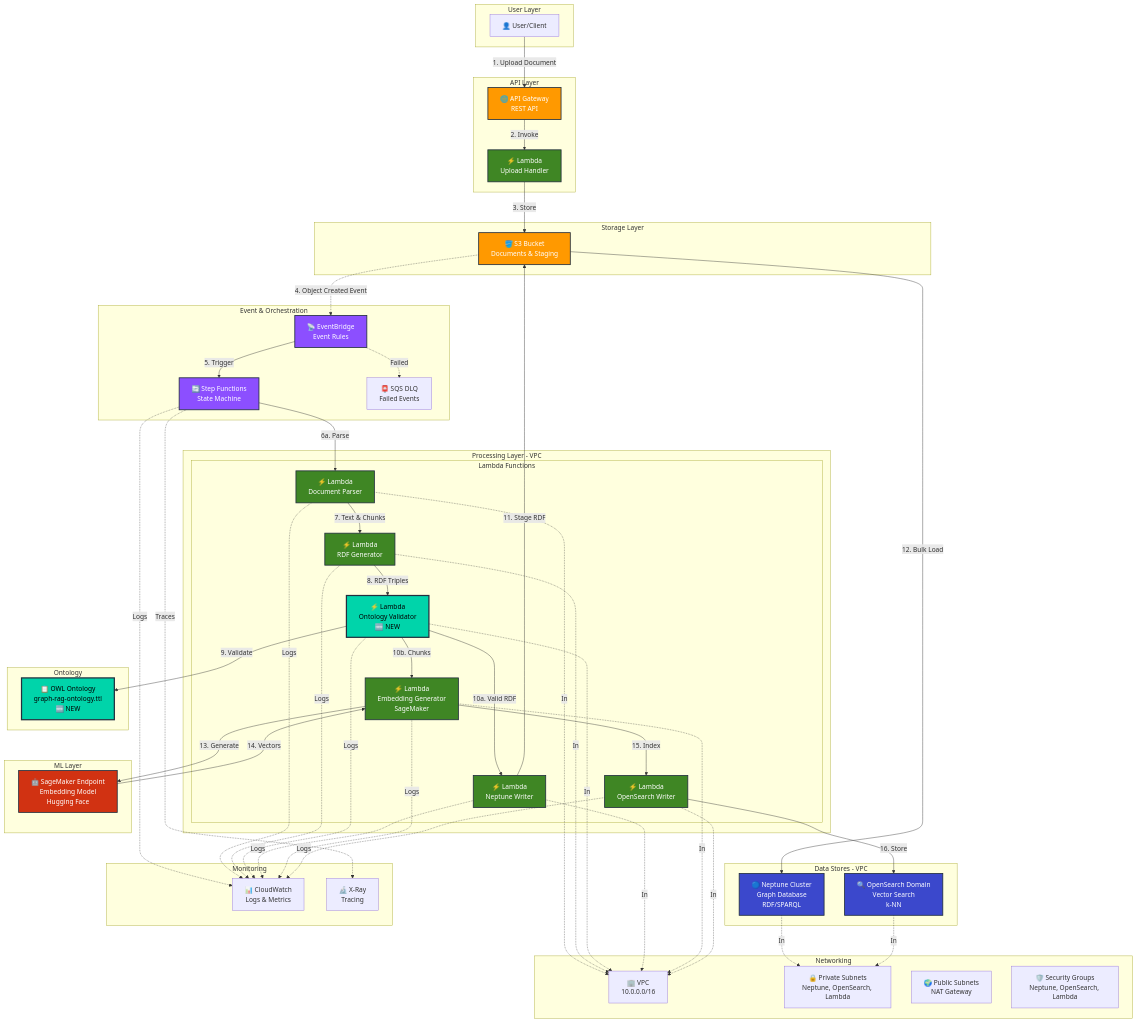
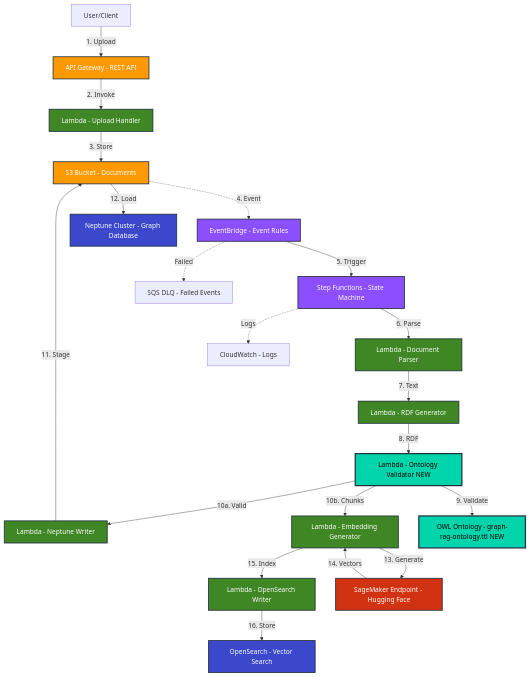
The first of 12 diagrams in ARCHITECTURE_DIAGRAM.md (asko123/ontology_IAC_AWS_CDK), drawn with Mermaid before and after one commit. The commit also changed other lines of this file, not shown here.

First line of the commit message:
Fix Mermaid syntax errors in architecture diagrams

````diff
--- a/ARCHITECTURE_DIAGRAM.md
+++ b/ARCHITECTURE_DIAGRAM.md
@@ -5,112 +5,44 @@
 ```mermaid
 graph TB
-    subgraph "User Layer"
-        User[👤 User/Client]
-    end
+    User["User/Client"]
+    APIGW["API Gateway - REST API"]
+    UploadLambda["Lambda - Upload Handler"]
+    S3["S3 Bucket - Documents"]
+    EventBridge["EventBridge - Event Rules"]
+    StepFunctions["Step Functions - State Machine"]
+    DLQ["SQS DLQ - Failed Events"]
+    DocParser["Lambda - Document Parser"]
+    RDFGen["Lambda - RDF Generator"]
+    OntologyVal["Lambda - Ontology Validator NEW"]
+    NeptuneWriter["Lambda - Neptune Writer"]
+    EmbedGen["Lambda - Embedding Generator"]
+    OSWriter["Lambda - OpenSearch Writer"]
+    SageMaker["SageMaker Endpoint - Hugging Face"]
+    Neptune["Neptune Cluster - Graph Database"]
+    OpenSearch["OpenSearch - Vector Search"]
+    OWL["OWL Ontology - graph-rag-ontology.ttl NEW"]
+    CloudWatch["CloudWatch - Logs"]
 
-    subgraph "API Layer"
-        APIGW[🌐 API Gateway<br/>REST API]
-        UploadLambda[⚡ Lambda<br/>Upload Handler]
-    end
-
-    subgraph "Storage Layer"
-        S3[🪣 S3 Bucket<br/>Documents & Staging]
-    end
-
-    subgraph "Event & Orchestration"
-        EventBridge[📡 EventBridge<br/>Event Rules]
-        StepFunctions[🔄 Step Functions<br/>State Machine]
-        DLQ[📮 SQS DLQ<br/>Failed Events]
-    end
-
-    subgraph "Processing Layer - VPC"
-        subgraph "Lambda Functions"
-            DocParser[⚡ Lambda<br/>Document Parser]
-            RDFGen[⚡ Lambda<br/>RDF Generator]
-            OntologyVal[⚡ Lambda<br/>Ontology Validator<br/>🆕 NEW]
-            NeptuneWriter[⚡ Lambda<br/>Neptune Writer]
-            EmbedGen[⚡ Lambda<br/>Embedding Generator<br/>SageMaker]
-            OSWriter[⚡ Lambda<br/>OpenSearch Writer]
-        end
-    end
-
-    subgraph "ML Layer"
-        SageMaker[🤖 SageMaker Endpoint<br/>Embedding Model<br/>Hugging Face]
-    end
-
-    subgraph "Data Stores - VPC"
-        Neptune[🔵 Neptune Cluster<br/>Graph Database<br/>RDF/SPARQL]
-        OpenSearch[🔍 OpenSearch Domain<br/>Vector Search<br/>k-NN]
-    end
-
-    subgraph "Ontology"
-        OWL[📋 OWL Ontology<br/>graph-rag-ontology.ttl<br/>🆕 NEW]
-    end
-
-    subgraph "Networking"
-        VPC[🏢 VPC<br/>10.0.0.0/16]
-        PrivateSubnet[🔒 Private Subnets<br/>Neptune, OpenSearch, Lambda]
-        PublicSubnet[🌍 Public Subnets<br/>NAT Gateway]
-        SG[🛡️ Security Groups<br/>Neptune, OpenSearch, Lambda]
-    end
-
-    subgraph "Monitoring"
-        CloudWatch[📊 CloudWatch<br/>Logs & Metrics]
-        XRay[🔬 X-Ray<br/>Tracing]
-    end
-
-    %% User Flow
-    User -->|1. Upload Document| APIGW
+    User -->|1. Upload| APIGW
     APIGW -->|2. Invoke| UploadLambda
     UploadLambda -->|3. Store| S3
-    
-    %% Event Trigger
-    S3 -.->|4. Object Created Event| EventBridge
+    S3 -.->|4. Event| EventBridge
     EventBridge -->|5. Trigger| StepFunctions
     EventBridge -.->|Failed| DLQ
-
-    %% Processing Pipeline
-    StepFunctions -->|6a. Parse| DocParser
-    DocParser -->|7. Text & Chunks| RDFGen
-    RDFGen -->|8. RDF Triples| OntologyVal
+    StepFunctions -->|6. Parse| DocParser
+    DocParser -->|7. Text| RDFGen
+    RDFGen -->|8. RDF| OntologyVal
     OntologyVal -->|9. Validate| OWL
-    
-    %% Parallel Processing
-    OntologyVal -->|10a. Valid RDF| NeptuneWriter
+    OntologyVal -->|10a. Valid| NeptuneWriter
     OntologyVal -->|10b. Chunks| EmbedGen
-    
-    %% Neptune Path
-    NeptuneWriter -->|11. Stage RDF| S3
-    S3 -->|12. Bulk Load| Neptune
-    
-    %% Embedding Path
+    NeptuneWriter -->|11. Stage| S3
+    S3 -->|12. Load| Neptune
     EmbedGen -->|13. Generate| SageMaker
     SageMaker -->|14. Vectors| EmbedGen
     EmbedGen -->|15. Index| OSWriter
     OSWriter -->|16. Store| OpenSearch
-
-    %% VPC Connections
-    DocParser -.->|In| VPC
-    RDFGen -.->|In| VPC
-    OntologyVal -.->|In| VPC
-    NeptuneWriter -.->|In| VPC
-    EmbedGen -.->|In| VPC
-    OSWriter -.->|In| VPC
+    StepFunctions -.->|Logs| CloudWatch
     
-    Neptune -.->|In| PrivateSubnet
-    OpenSearch -.->|In| PrivateSubnet
-    
-    %% Monitoring
-    StepFunctions -.->|Logs| CloudWatch
-    DocParser -.->|Logs| CloudWatch
-    RDFGen -.->|Logs| CloudWatch
-    OntologyVal -.->|Logs| CloudWatch
-    NeptuneWriter -.->|Logs| CloudWatch
-    EmbedGen -.->|Logs| CloudWatch
-    OSWriter -.->|Logs| CloudWatch
-    StepFunctions -.->|Traces| XRay
-
-    %% Styling
     classDef awsOrange fill:#FF9900,stroke:#232F3E,stroke-width:2px,color:#fff
     classDef awsBlue fill:#3B48CC,stroke:#232F3E,stroke-width:2px,color:#fff
     classDef awsGreen fill:#3F8624,stroke:#232F3E,stroke-width:2px,color:#fff
````
